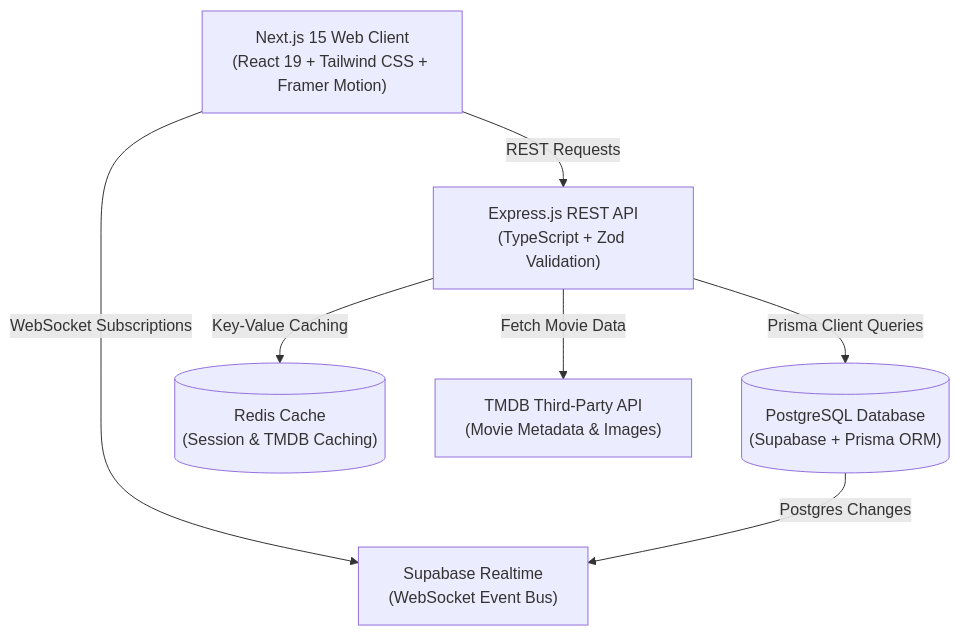
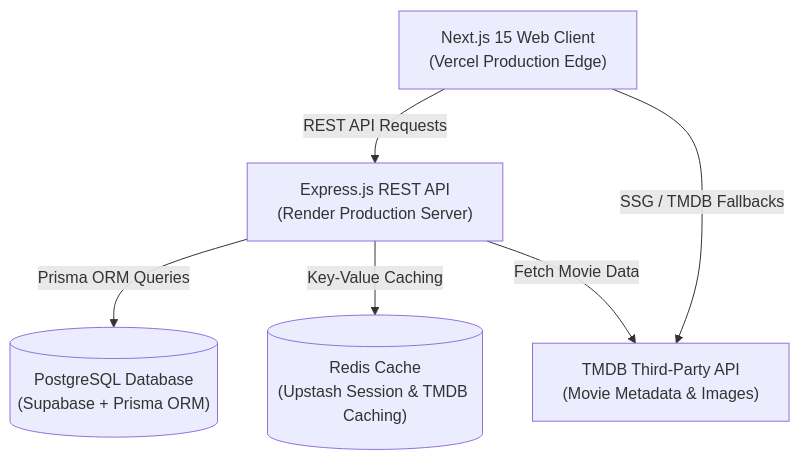
Before and after one commit to Balavignesh-05/CineVault: the diagram in README.md, drawn with Mermaid. The commit also changed other lines of this file and 14 other files, not shown here.

````diff
--- a/README.md
+++ b/README.md
@@ -16,16 +16,14 @@
 ```mermaid
 graph TD
-    Client["Next.js 15 Web Client<br/>(React 19 + Tailwind CSS + Framer Motion)"]
-    API["Express.js REST API<br/>(TypeScript + Zod Validation)"]
+    Client["Next.js 15 Web Client<br/>(Vercel Production Edge)"]
+    API["Express.js REST API<br/>(Render Production Server)"]
     DB[("PostgreSQL Database<br/>(Supabase + Prisma ORM)")]
-    Redis[("Redis Cache<br/>(Session & TMDB Caching)")]
+    Redis[("Redis Cache<br/>(Upstash Session & TMDB Caching)")]
     TMDB["TMDB Third-Party API<br/>(Movie Metadata & Images)"]
-    Realtime["Supabase Realtime<br/>(WebSocket Event Bus)"]
 
-    Client -->|REST Requests| API
-    Client -->|WebSocket Subscriptions| Realtime
-    API -->|Prisma Client Queries| DB
+    Client -->|REST API Requests| API
+    Client -->|SSG / TMDB Fallbacks| TMDB
+    API -->|Prisma ORM Queries| DB
     API -->|Key-Value Caching| Redis
     API -->|Fetch Movie Data| TMDB
-    DB -->|Postgres Changes| Realtime
 ```
````
